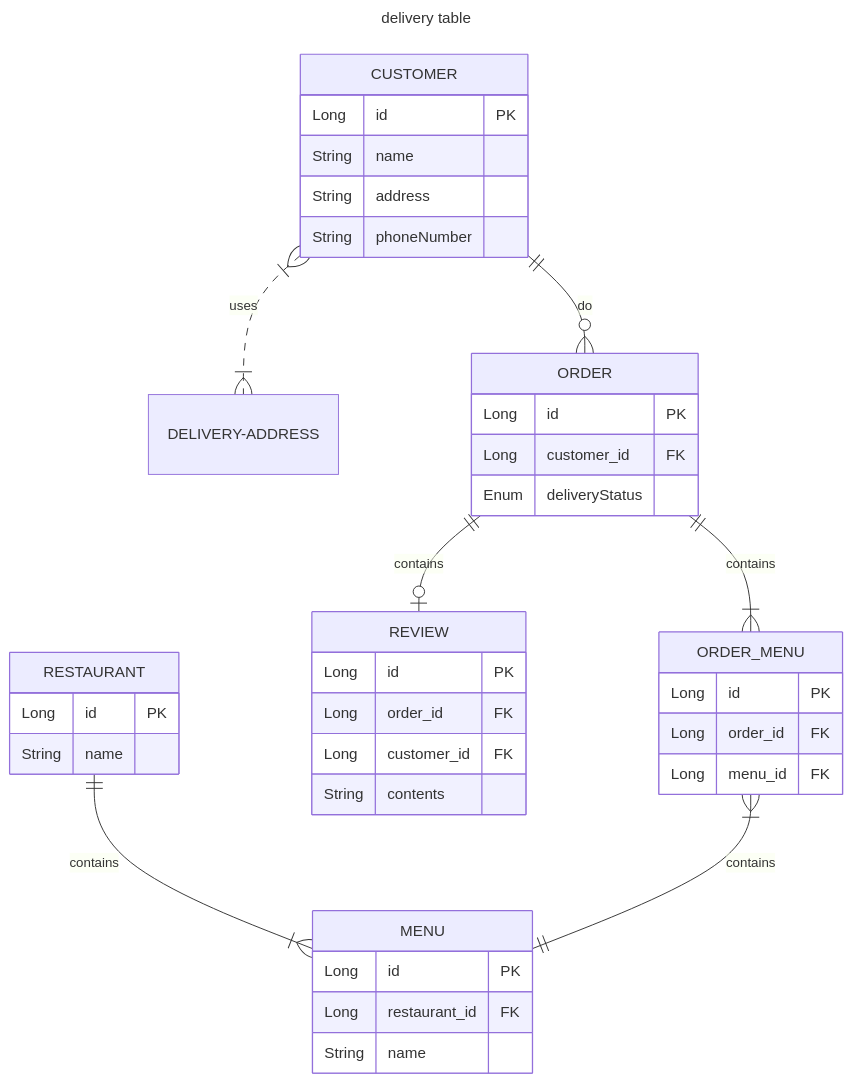
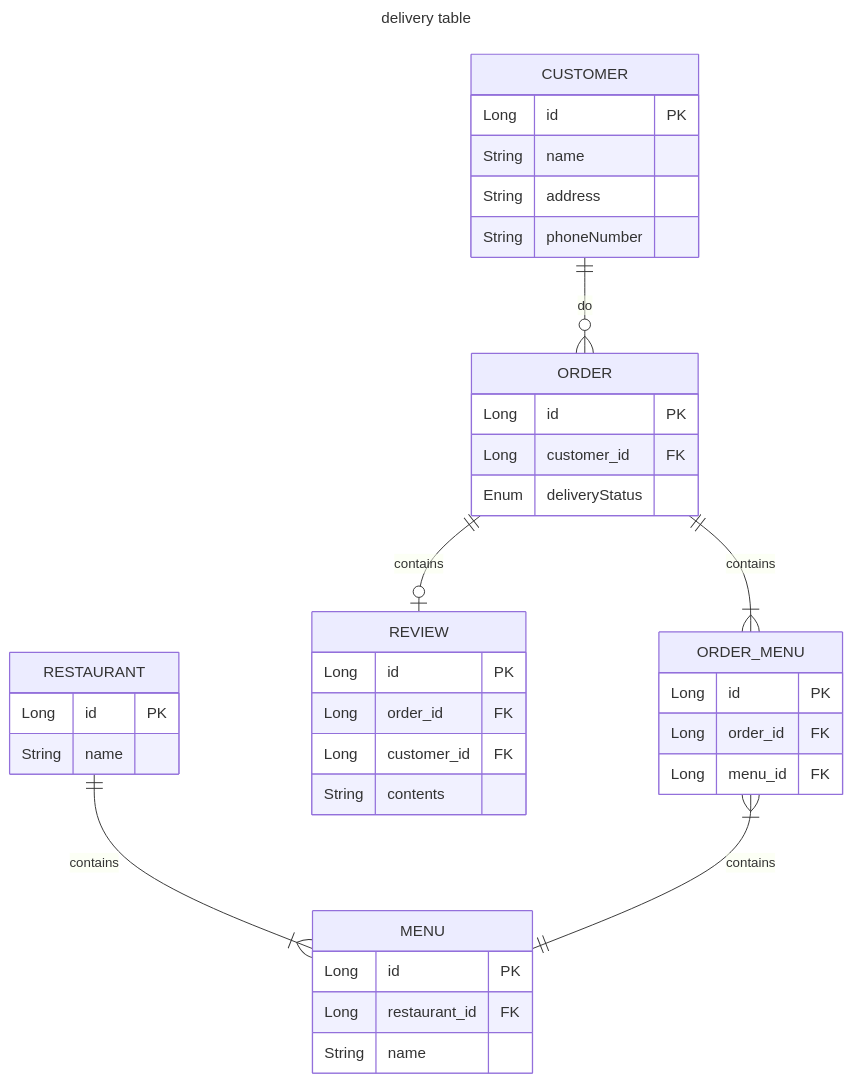
Before and after one commit to songkg7/delivery-app-sample: the diagram in README.md, drawn with Mermaid. The commit also changed 24 other files, not shown here.

````diff
--- a/README.md
+++ b/README.md
@@ -15,43 +15,42 @@
 ```mermaid
 ---
 title: delivery table
 ---
 erDiagram
-    CUSTOMER }|..|{ DELIVERY-ADDRESS: uses
     CUSTOMER ||--o{ ORDER: do
     CUSTOMER {
         Long id PK
         String name
         String address
         String phoneNumber
     }
     ORDER ||--|{ ORDER_MENU: contains
     ORDER {
         Long id PK
         Long customer_id FK
         Enum deliveryStatus
     }
     ORDER ||--o| REVIEW: contains
     REVIEW {
         Long id PK
         Long order_id FK
         Long customer_id FK
         String contents
     }
     RESTAURANT ||--|{ MENU: contains
     RESTAURANT {
         Long id PK
         String name
     }
     MENU {
         Long id PK
         Long restaurant_id FK
         String name
     }
     ORDER_MENU {
         Long id PK
         Long order_id FK
         Long menu_id FK
     }
     ORDER_MENU }|--|| MENU: contains
 ```
````
